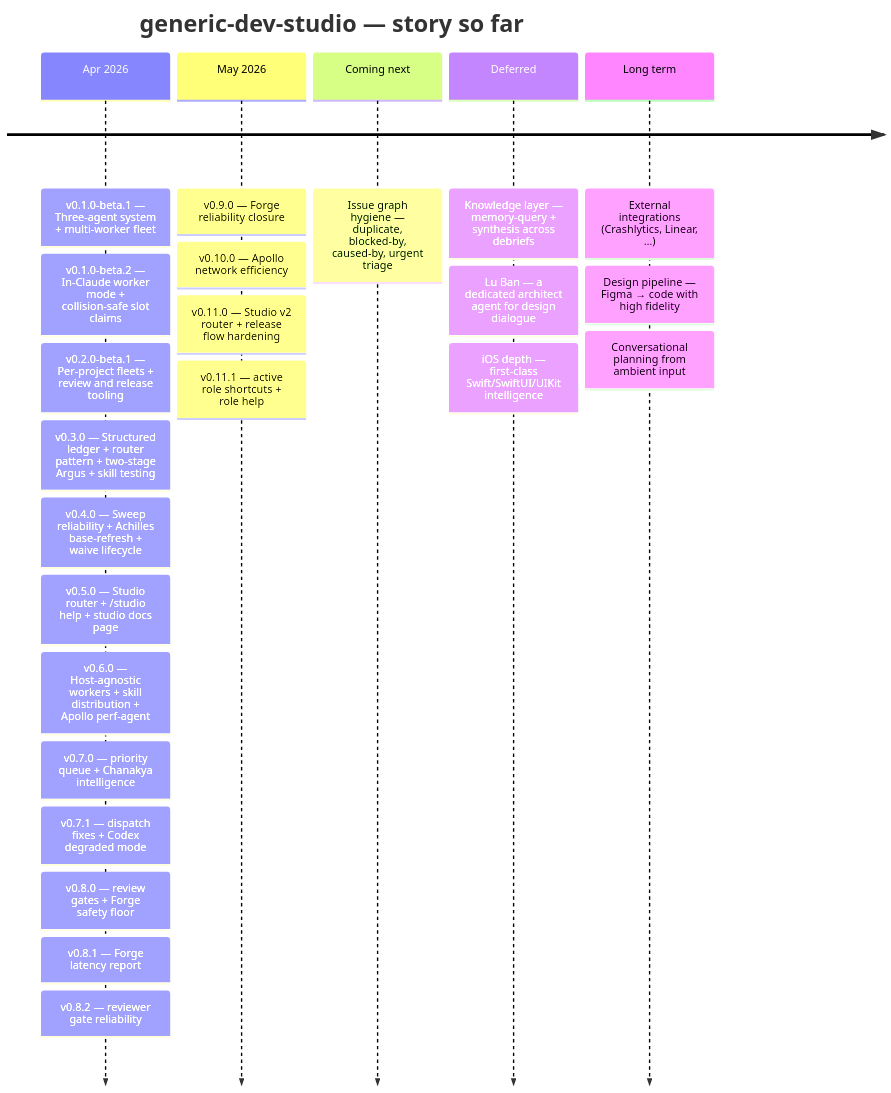
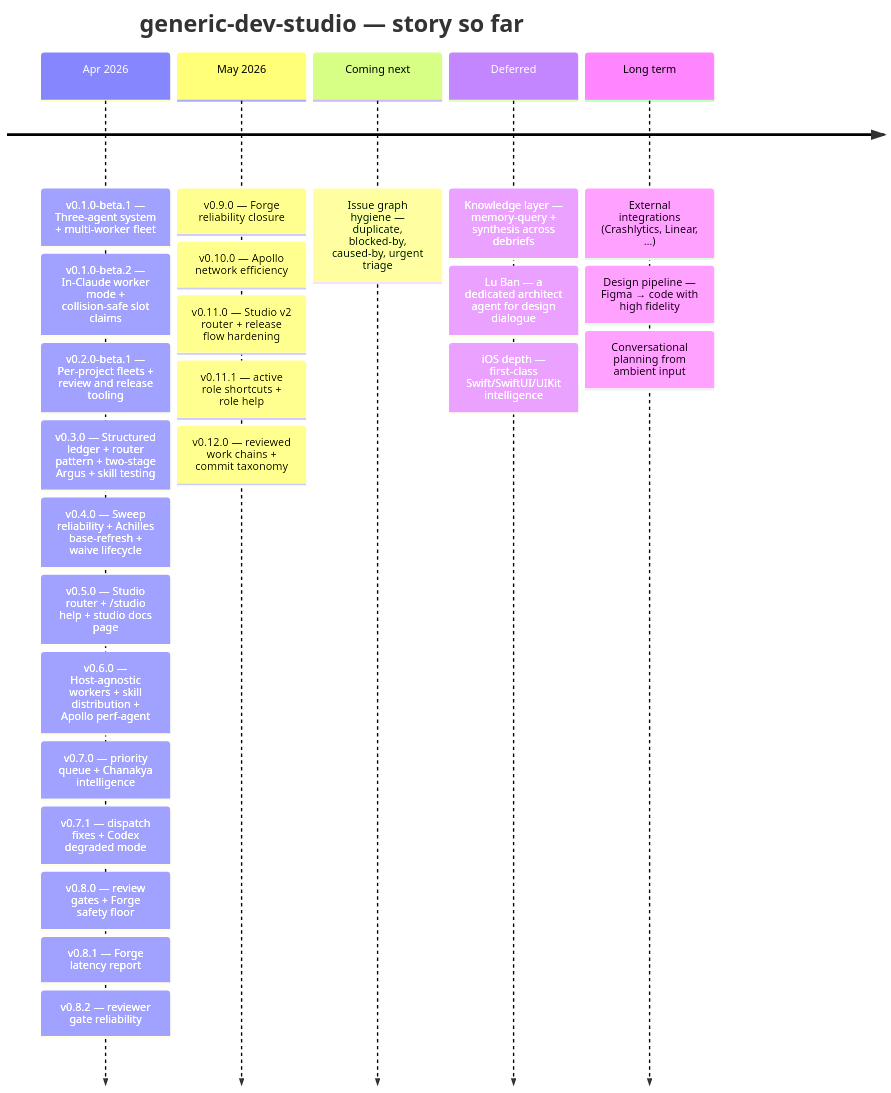
The diagram in README.md (v-i-s-h-a-l/generic-dev-studio), drawn with Mermaid before and after one commit. The commit also changed other lines of this file and 2 other files, not shown here.

Commit message:
Update README for v0.12.0 release
Change-Type: docs

Studio-Host: codex

Changelog: README now records v0.12.0 in the release timeline and story section.

````diff
--- a/README.md
+++ b/README.md
@@ -13,27 +13,28 @@
 ```mermaid
 timeline
     title generic-dev-studio — story so far
     Apr 2026 : v0.1.0-beta.1 — Three-agent system + multi-worker fleet
              : v0.1.0-beta.2 — In-Claude worker mode + collision-safe slot claims
              : v0.2.0-beta.1 — Per-project fleets + review and release tooling
              : v0.3.0 — Structured ledger + router pattern + two-stage Argus + skill testing
              : v0.4.0 — Sweep reliability + Achilles base-refresh + waive lifecycle
              : v0.5.0 — Studio router + /studio help + studio docs page
              : v0.6.0 — Host-agnostic workers + skill distribution + Apollo perf-agent
              : v0.7.0 — priority queue + Chanakya intelligence
              : v0.7.1 — dispatch fixes + Codex degraded mode
              : v0.8.0 — review gates + Forge safety floor
              : v0.8.1 — Forge latency report
              : v0.8.2 — reviewer gate reliability
     May 2026 : v0.9.0 — Forge reliability closure
              : v0.10.0 — Apollo network efficiency
              : v0.11.0 — Studio v2 router + release flow hardening
              : v0.11.1 — active role shortcuts + role help
+             : v0.12.0 — reviewed work chains + commit taxonomy
     Coming next : Issue graph hygiene — duplicate, blocked-by, caused-by, urgent triage
     Deferred : Knowledge layer — memory-query + synthesis across debriefs
              : Lu Ban — a dedicated architect agent for design dialogue
              : iOS depth — first-class Swift/SwiftUI/UIKit intelligence
     Long term : External integrations (Crashlytics, Linear, …)
               : Design pipeline — Figma → code with high fidelity
               : Conversational planning from ambient input
 ```
````
